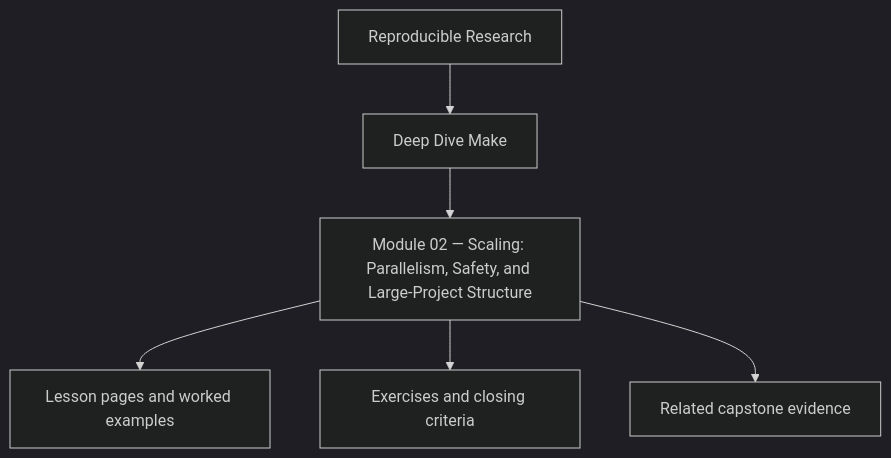
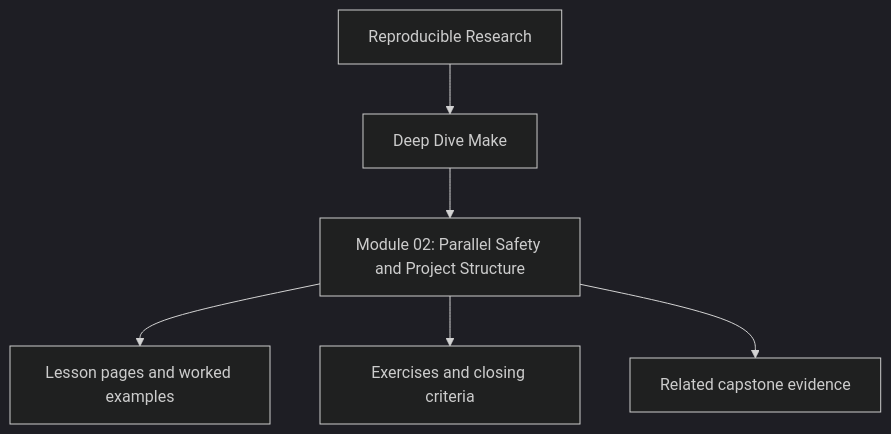
The first of 2 diagrams in programs/reproducible-research/deep-dive-make/course-book/module-02-parallel-safety-and-project-structure/index.md (bijux/bijux-masterclass), drawn with Mermaid (dark theme) before and after one commit. The commit also changed other lines of this file and 241 other files, not shown here.

````diff
--- a/programs/reproducible-research/deep-dive-make/course-book/module-02-parallel-safety-and-project-structure/index.md
+++ b/programs/reproducible-research/deep-dive-make/course-book/module-02-parallel-safety-and-project-structure/index.md
@@ -8,8 +8,8 @@
 ```mermaid
 flowchart TD
   family["Reproducible Research"] --> program["Deep Dive Make"]
-  program --> module["Module 02 — Scaling: Parallelism, Safety, and Large-Project Structure"]
+  program --> module["Module 02: Parallel Safety and Project Structure"]
   module --> lessons["Lesson pages and worked examples"]
   module --> checkpoints["Exercises and closing criteria"]
   module --> capstone["Related capstone evidence"]
 ```
````
